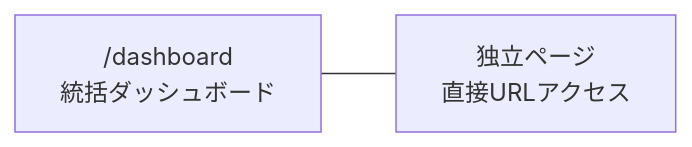
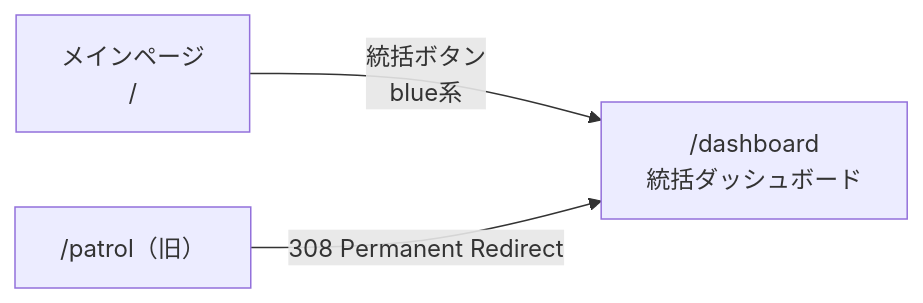
One commit to nyan-tama/Ghostrunner changed diagram 36 of 42 in devtools/frontend/docs/screen-flow.md. Above: the diagram before and after it, drawn with Mermaid. The commit also changed other lines of this file and 6 other files, not shown here.

First line of the commit message:
feat: 動線整備(patrol→dashboard 一本化)を実装、計画書を完了へ移動

````diff
--- a/devtools/frontend/docs/screen-flow.md
+++ b/devtools/frontend/docs/screen-flow.md
@@ -951,4 +952,5 @@
 ```mermaid
 flowchart LR
-    A["/dashboard<br>統括ダッシュボード"] --- B["独立ページ<br>直接URLアクセス"]
+    A["メインページ<br>/"] -->|統括ボタン<br>blue系| B["/dashboard<br>統括ダッシュボード"]
+    P["/patrol（旧）"] -->|308 Permanent Redirect| B
 ```
````
